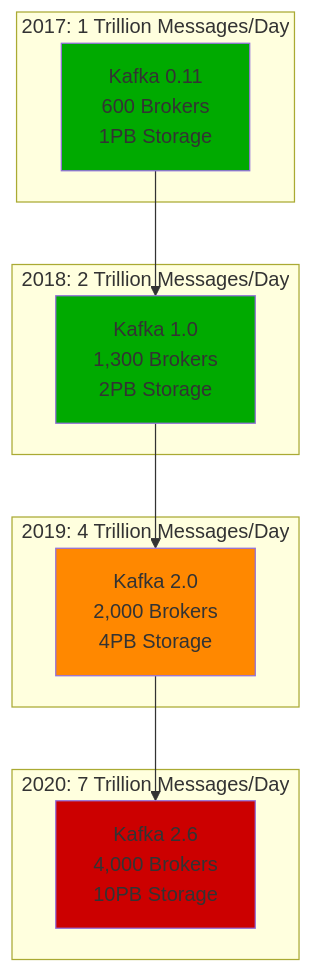
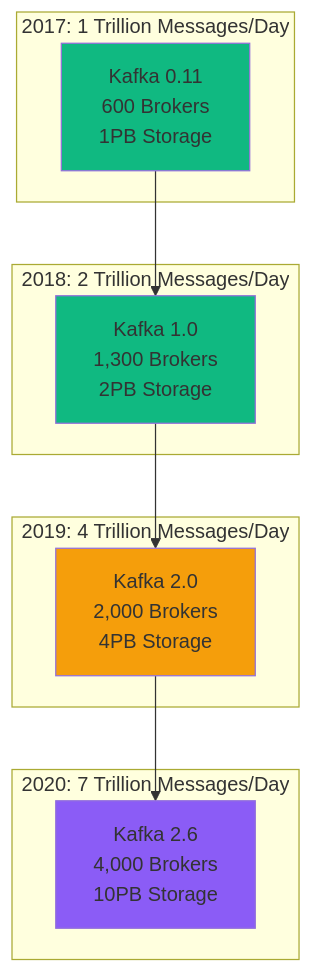
One commit to deepaucksharma/DS changed the fourth of 7 diagrams in site/docs/migrations/linkedin-kafka-evolution.md. Above: the diagram before and after it, drawn with Mermaid. The commit also changed other lines of this file and 303 other files, not shown here.

````diff
--- a/site/docs/migrations/linkedin-kafka-evolution.md
+++ b/site/docs/migrations/linkedin-kafka-evolution.md
@@ -280,25 +280,25 @@
 ```mermaid
 graph TB
     subgraph "2017: 1 Trillion Messages/Day"
         K2017[Kafka 0.11<br/>600 Brokers<br/>1PB Storage]
     end
 
     subgraph "2018: 2 Trillion Messages/Day"
         K2018[Kafka 1.0<br/>1,300 Brokers<br/>2PB Storage]
     end
 
     subgraph "2019: 4 Trillion Messages/Day"
         K2019[Kafka 2.0<br/>2,000 Brokers<br/>4PB Storage]
     end
 
     subgraph "2020: 7 Trillion Messages/Day"
         K2020[Kafka 2.6<br/>4,000 Brokers<br/>10PB Storage]
     end
 
     K2017 --> K2018 --> K2019 --> K2020
 
-    style K2017 fill:#00AA00
-    style K2018 fill:#00AA00
-    style K2019 fill:#FF8800
-    style K2020 fill:#CC0000
+    style K2017 fill:#10B981
+    style K2018 fill:#10B981
+    style K2019 fill:#F59E0B
+    style K2020 fill:#8B5CF6
 ```
````
